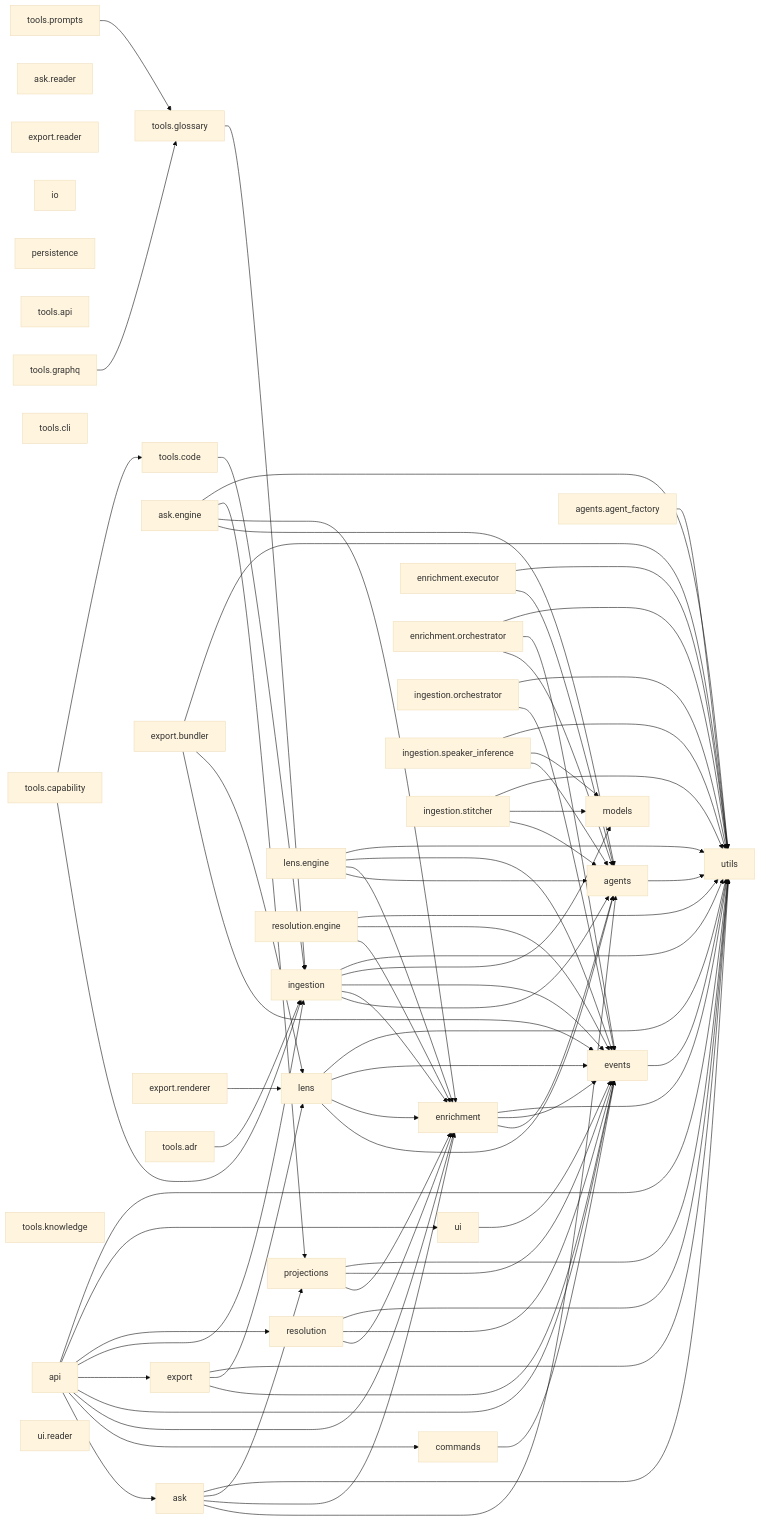
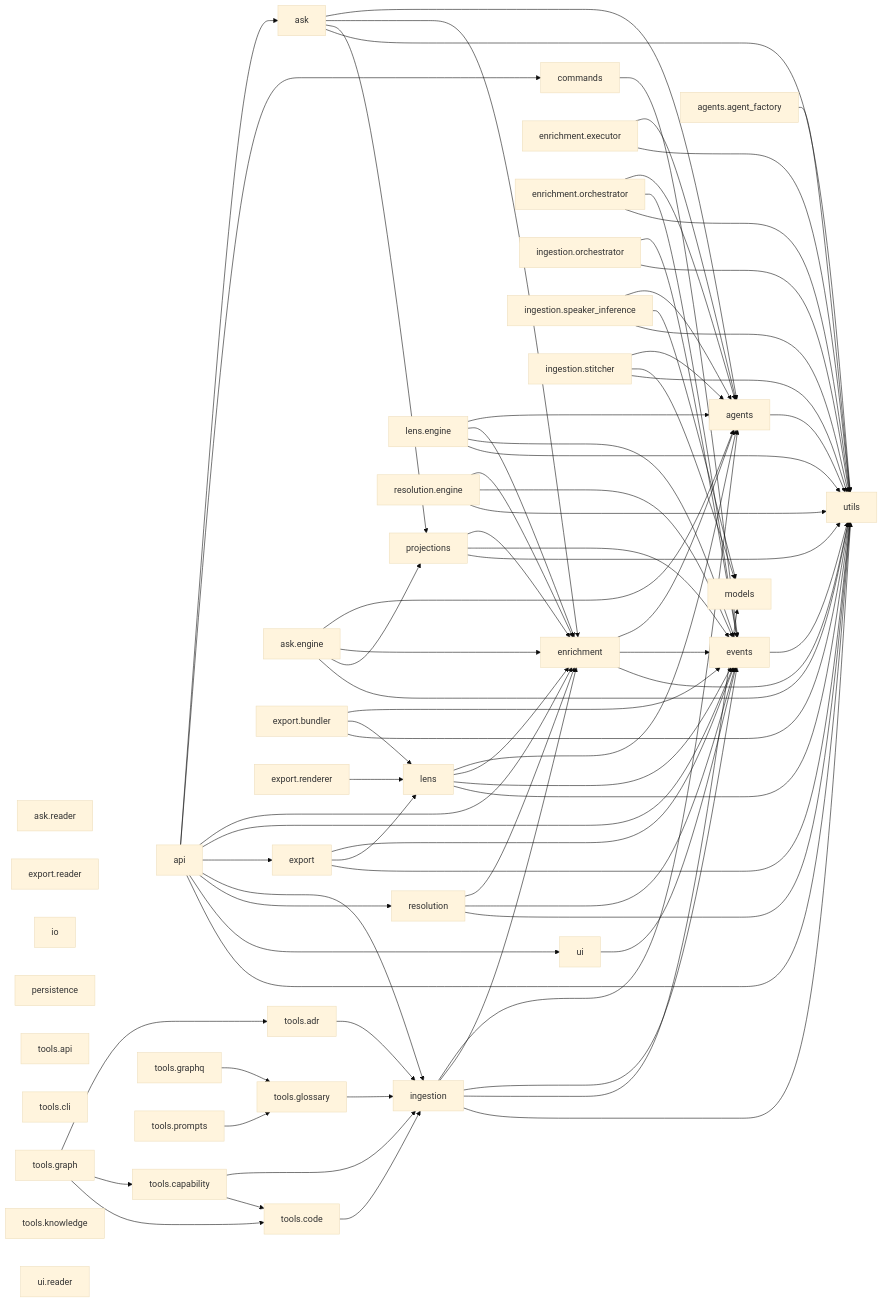
Before and after one commit to DigitalCowboyN/interview_analyzer_chaining: the diagram in docs/code/pipeline.md, drawn with Mermaid (base theme). The commit also changed 28 other files, not shown here.

First line of the commit message:
Graph-links model — extensible cross-domain edge graph (tools/graph) (#32)

```diff
--- a/docs/code/pipeline.md
+++ b/docs/code/pipeline.md
@@ -80,6 +80,9 @@
     tools.cli
     tools.code --> ingestion
     tools.glossary --> ingestion
+    tools.graph --> tools.adr
+    tools.graph --> tools.capability
+    tools.graph --> tools.code
     tools.graphq --> tools.glossary
     tools.knowledge
     tools.prompts --> tools.glossary
```
